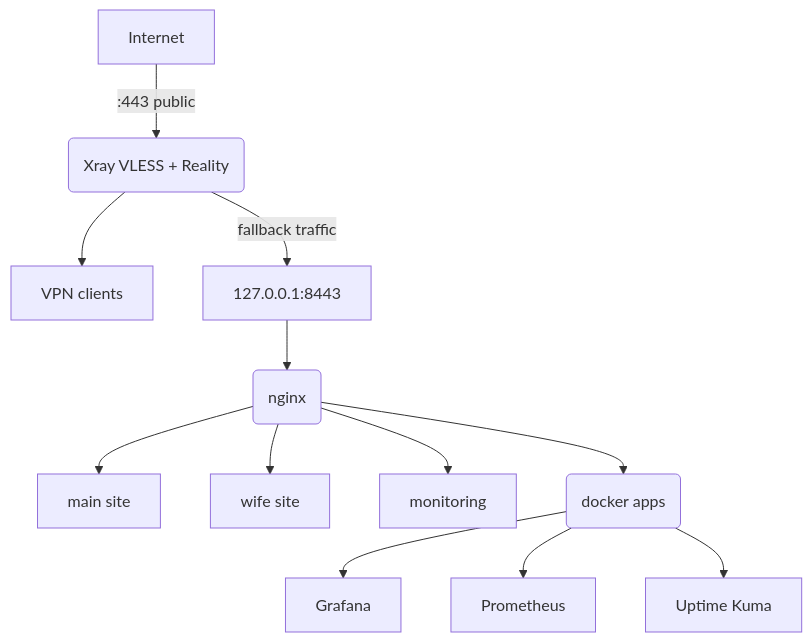
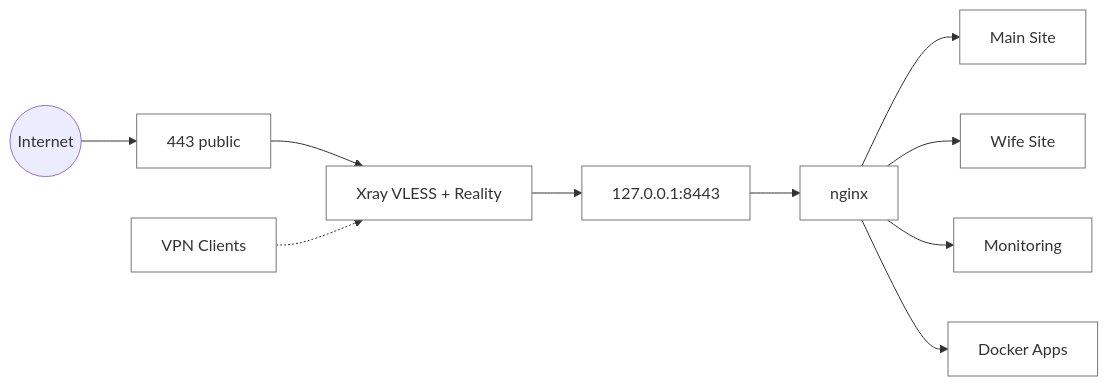
One commit to dzamal-barambajev/infra-self-audit changed the diagram in README.md. Above: the diagram before and after it, drawn with Mermaid. The commit also changed other lines of this file, not shown here.

Commit message:
Update README.md with final Mermaid architecture diagram

````diff
--- a/README.md
+++ b/README.md
@@ -16,18 +19,19 @@
 ```mermaid
-graph TD
-    INTERNET[Internet] -->|:443 public| XRAY(Xray VLESS + Reality)
+graph LR
+    classDef box fill:#fff,stroke:#777,stroke-width:1px,round;
+
+    Internet((Internet)) --> Ingress[443 public]
+    Ingress --> Xray[Xray VLESS + Reality]
     
-    XRAY --> VLESS[VPN clients]
-    XRAY -->|fallback traffic| PORT[127.0.0.1:8443]
-    
-    PORT --> NGINX(nginx)
-    
-    NGINX --> MAIN[main site]
-    NGINX --> WIFE[wife site]
-    NGINX --> MON[monitoring]
-    NGINX --> DOCKER(docker apps)
-    
-    DOCKER --> GRAFANA[Grafana]
-    DOCKER --> PROM[Prometheus]
-    DOCKER --> UPTIME[Uptime Kuma]
+    VPN[VPN Clients] -.-> Xray
+
+    Xray --> Fallback[127.0.0.1:8443]
+    Fallback --> Nginx[nginx]
+
+    Nginx --> Main[Main Site]
+    Nginx --> Wife[Wife Site]
+    Nginx --> Mon[Monitoring]
+    Nginx --> Docker[Docker Apps]
+
+    class Xray,Nginx,Main,Wife,Mon,Docker,Fallback,VPN,Ingress box;
 ```
````
